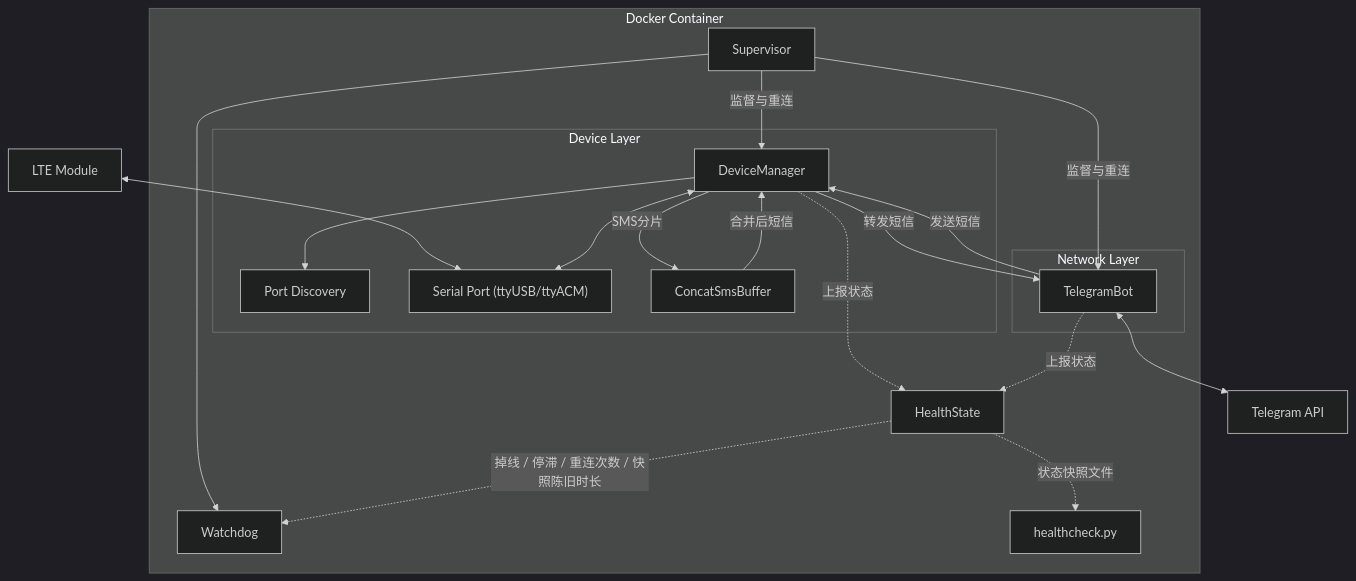
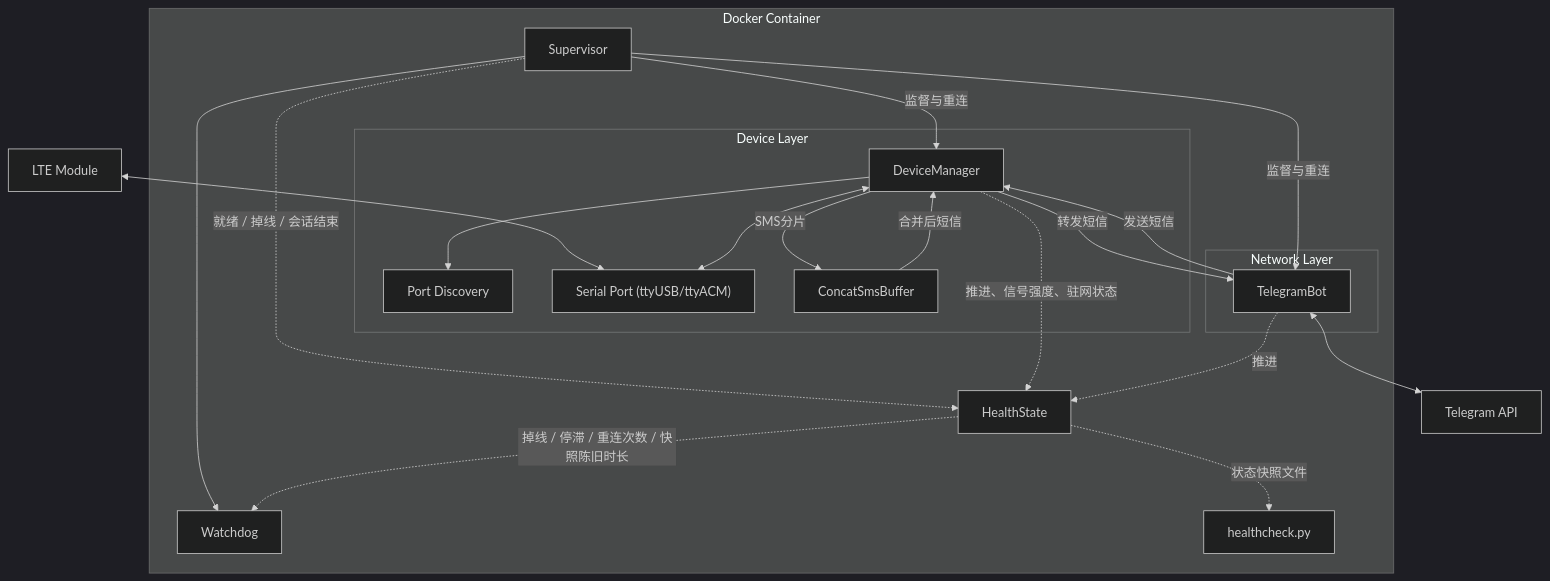
Before and after one commit to vxhorse/SMS_forwarder_Telegram: the diagram in README_CN.md, drawn with Mermaid (dark theme). The commit also changed other lines of this file and 8 other files, not shown here.

````diff
--- a/README_CN.md
+++ b/README_CN.md
@@ -21,37 +21,38 @@
 ```mermaid
 graph TD
     subgraph DC [Docker Container]
         Sup[Supervisor]
         WD[Watchdog]
         HS[HealthState]
         HC["healthcheck.py"]
 
         subgraph DeviceLayer [Device Layer]
             DM[DeviceManager]
             Disc[Port Discovery]
             Serial["Serial Port (ttyUSB/ttyACM)"]
             Buffer[ConcatSmsBuffer]
         end
 
         subgraph NetworkLayer [Network Layer]
             Bot[TelegramBot]
         end
     end
 
     Hardware[LTE Module] <--> Serial
     Sup -- "监督与重连" --> DM
     Sup -- "监督与重连" --> Bot
     Sup --> WD
     DM --> Disc
     DM <--> Serial
     DM -- "SMS分片" --> Buffer
     Buffer -- "合并后短信" --> DM
     DM -- "转发短信" --> Bot
     Bot -- "发送短信" --> DM
     Bot <--> API[Telegram API]
 
-    DM -. "上报状态" .-> HS
-    Bot -. "上报状态" .-> HS
+    Sup -. "就绪 / 掉线 / 会话结束" .-> HS
+    DM -. "推进、信号强度、驻网状态" .-> HS
+    Bot -. "推进" .-> HS
     HS -. "掉线 / 停滞 / 重连次数 / 快照陈旧时长" .-> WD
     HS -. "状态快照文件" .-> HC
 ```
````
